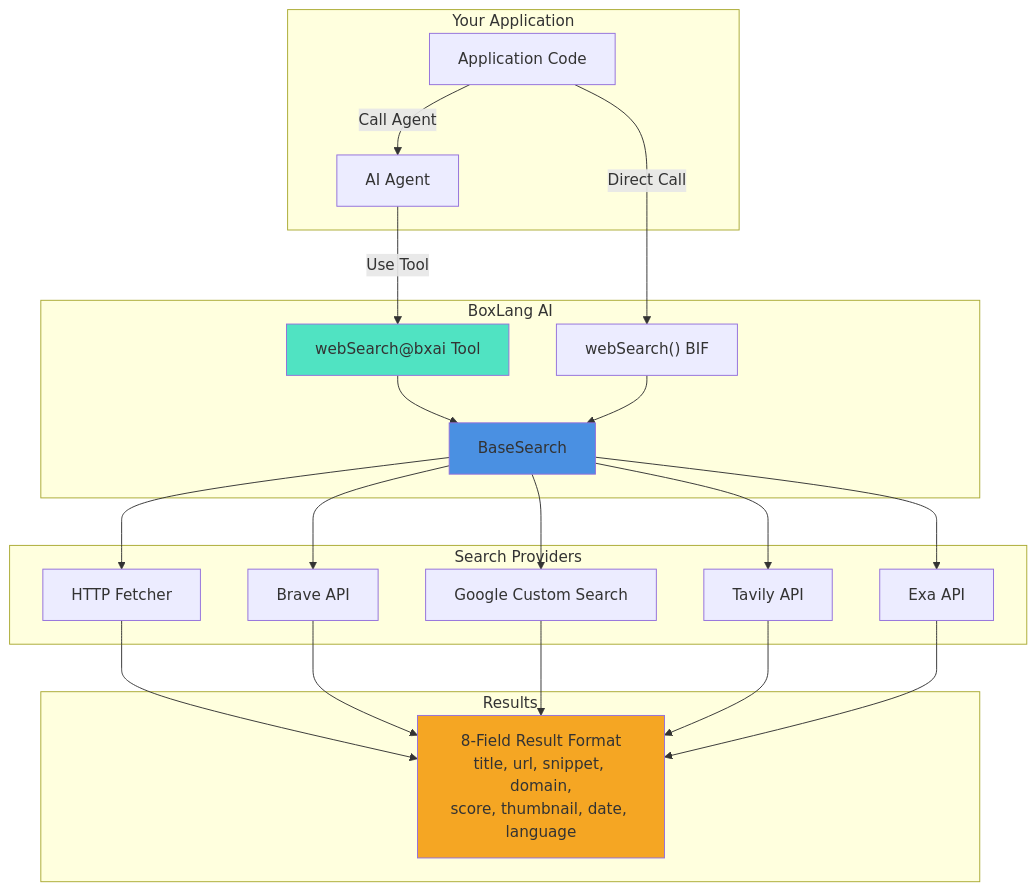
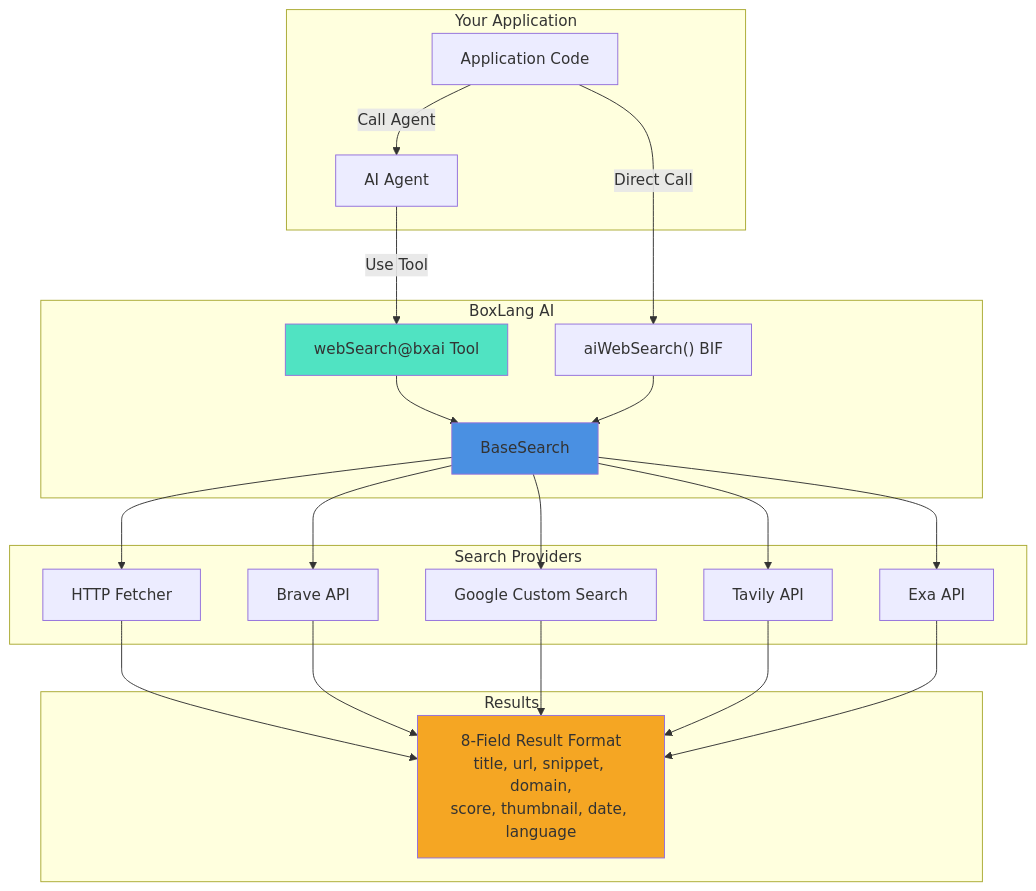
Before and after one commit to ortus-boxlang/bx-ai-docs: the diagram in main-components/web-search/README.md, drawn with Mermaid. The commit also changed other lines of this file and 13 other files, not shown here.

````diff
--- a/main-components/web-search/README.md
+++ b/main-components/web-search/README.md
@@ -34,45 +34,45 @@
 ```mermaid
 graph TB
     subgraph "Your Application"
         APP["Application Code"]
         AGENT["AI Agent"]
     end
 
     subgraph "BoxLang AI"
-        BIF["webSearch() BIF"]
+        BIF["aiWebSearch() BIF"]
         TOOL["webSearch@bxai Tool"]
         BASE["BaseSearch"]
     end
 
     subgraph "Search Providers"
         HTTP["HTTP Fetcher"]
         BRAVE["Brave API"]
         GOOGLE["Google Custom Search"]
         TAVILY["Tavily API"]
         EXA["Exa API"]
     end
 
     subgraph "Results"
         RESULTS["8-Field Result Format<br/>title, url, snippet, domain,<br/>score, thumbnail, date, language"]
     end
 
     APP -->|Call Agent| AGENT
     AGENT -->|Use Tool| TOOL
     TOOL --> BASE
     APP -->|Direct Call| BIF
     BIF --> BASE
     BASE --> HTTP
     BASE --> BRAVE
     BASE --> GOOGLE
     BASE --> TAVILY
     BASE --> EXA
     HTTP --> RESULTS
     BRAVE --> RESULTS
     GOOGLE --> RESULTS
     TAVILY --> RESULTS
     EXA --> RESULTS
 
     style BASE fill:#4A90E2
     style TOOL fill:#50E3C2
     style RESULTS fill:#F5A623
 ```
````
